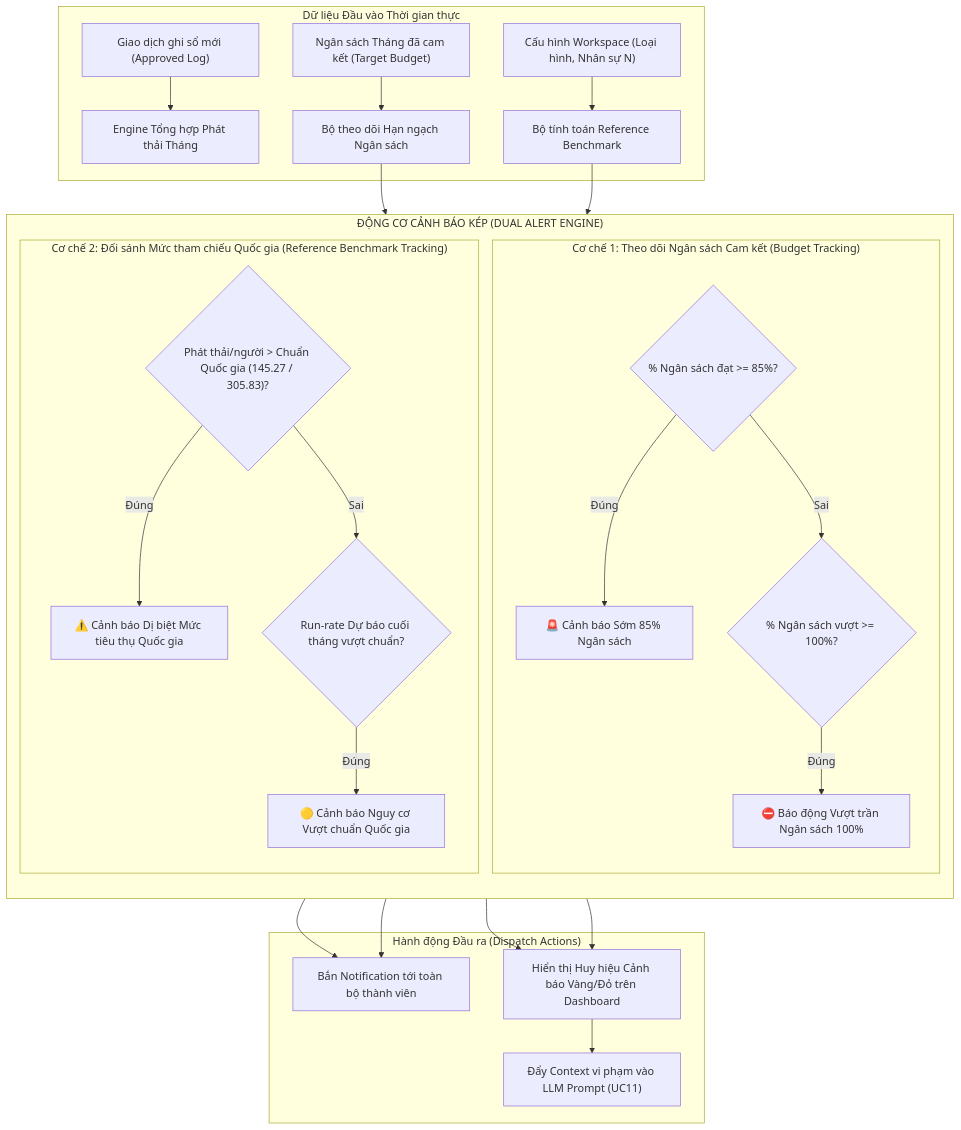
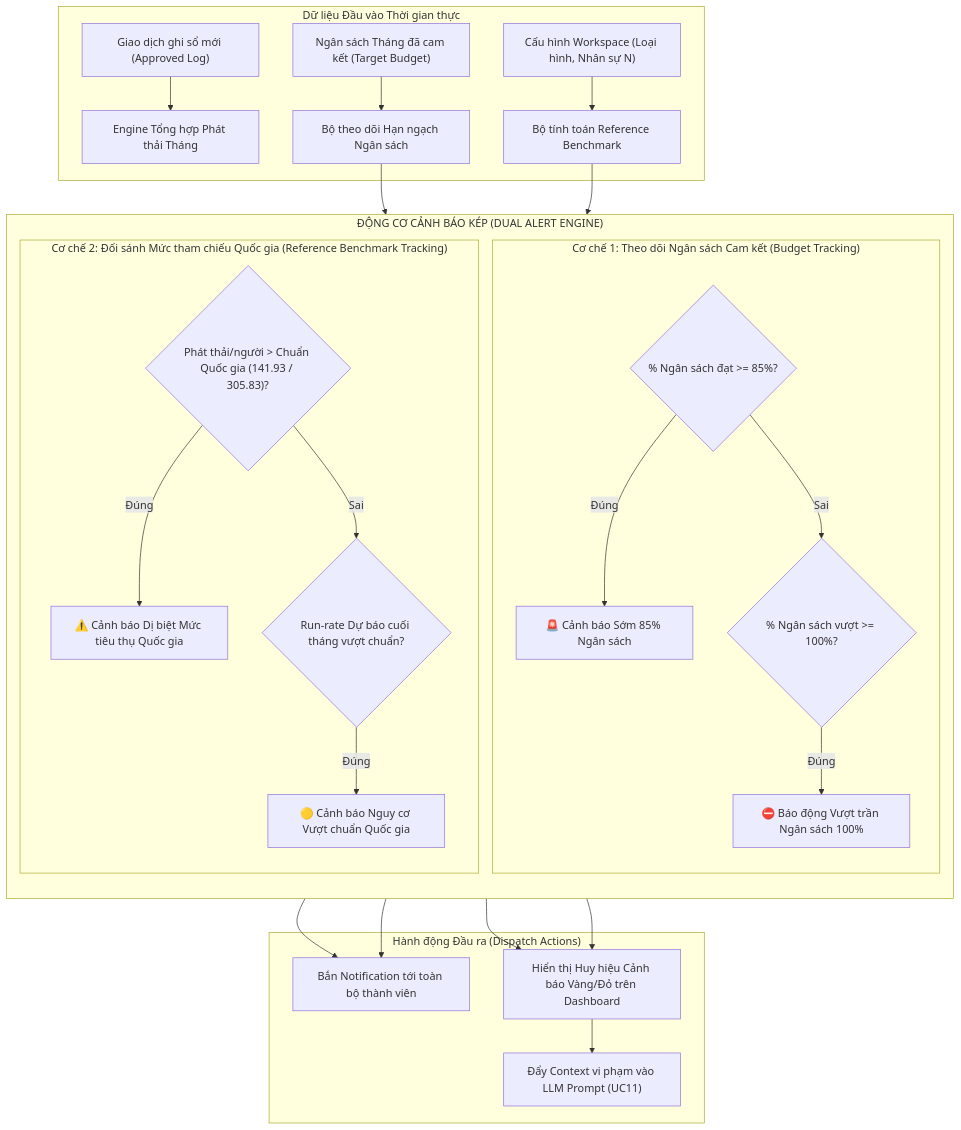
One commit to DatTienNguyenn/PMDC-BATCH4-DATNT250 changed the second of 4 diagrams in docs/emission-reference-benchmark.md. Above: the diagram before and after it, drawn with Mermaid. The commit also changed other lines of this file and 5 other files, not shown here.

````diff
--- a/docs/emission-reference-benchmark.md
+++ b/docs/emission-reference-benchmark.md
@@ -217,34 +217,34 @@
 ```mermaid
 flowchart TD
     subgraph Inputs["Dữ liệu Đầu vào Thời gian thực"]
         L1["Giao dịch ghi sổ mới (Approved Log)"] --> AGG["Engine Tổng hợp Phát thải Tháng"]
         WS["Cấu hình Workspace (Loại hình, Nhân sự N)"] --> REF["Bộ tính toán Reference Benchmark"]
         BG["Ngân sách Tháng đã cam kết (Target Budget)"] --> RATIO_BG["Bộ theo dõi Hạn ngạch Ngân sách"]
     end
 
     subgraph DualEngine["ĐỘNG CƠ CẢNH BÁO KÉP (DUAL ALERT ENGINE)"]
         direction TB
 
         subgraph Track1["Cơ chế 1: Theo dõi Ngân sách Cam kết (Budget Tracking)"]
             RATIO_BG --> C1{"% Ngân sách đạt >= 85%?"}
             C1 -- Đúng --> ALERT_85["🚨 Cảnh báo Sớm 85% Ngân sách"]
             C1 -- Sai --> C2{"% Ngân sách vượt >= 100%?"}
             C2 -- Đúng --> ALERT_100["⛔ Báo động Vượt trần Ngân sách 100%"]
         end
 
         subgraph Track2["Cơ chế 2: Đối sánh Mức tham chiếu Quốc gia (Reference Benchmark Tracking)"]
-            REF --> C3{"Phát thải/người > Chuẩn Quốc gia (145.27 / 305.83)?"}
+            REF --> C3{"Phát thải/người > Chuẩn Quốc gia (141.93 / 305.83)?"}
             C3 -- Đúng --> ALERT_REF_ANOMALY["⚠️ Cảnh báo Dị biệt Mức tiêu thụ Quốc gia"]
             C3 -- Sai --> RUN_RATE{"Run-rate Dự báo cuối tháng vượt chuẩn?"}
             RUN_RATE -- Đúng --> ALERT_PROJECTED["🟡 Cảnh báo Nguy cơ Vượt chuẩn Quốc gia"]
         end
     end
 
     subgraph OutputActions["Hành động Đầu ra (Dispatch Actions)"]
         ALERT_85 --> NOTIF["Bắn Notification tới toàn bộ thành viên"]
         ALERT_100 --> NOTIF
         ALERT_REF_ANOMALY --> DASH["Hiển thị Huy hiệu Cảnh báo Vàng/Đỏ trên Dashboard"]
         ALERT_PROJECTED --> DASH
         DASH --> AI_PROMPT["Đẩy Context vi phạm vào LLM Prompt (UC11)"]
     end
 ```
````
